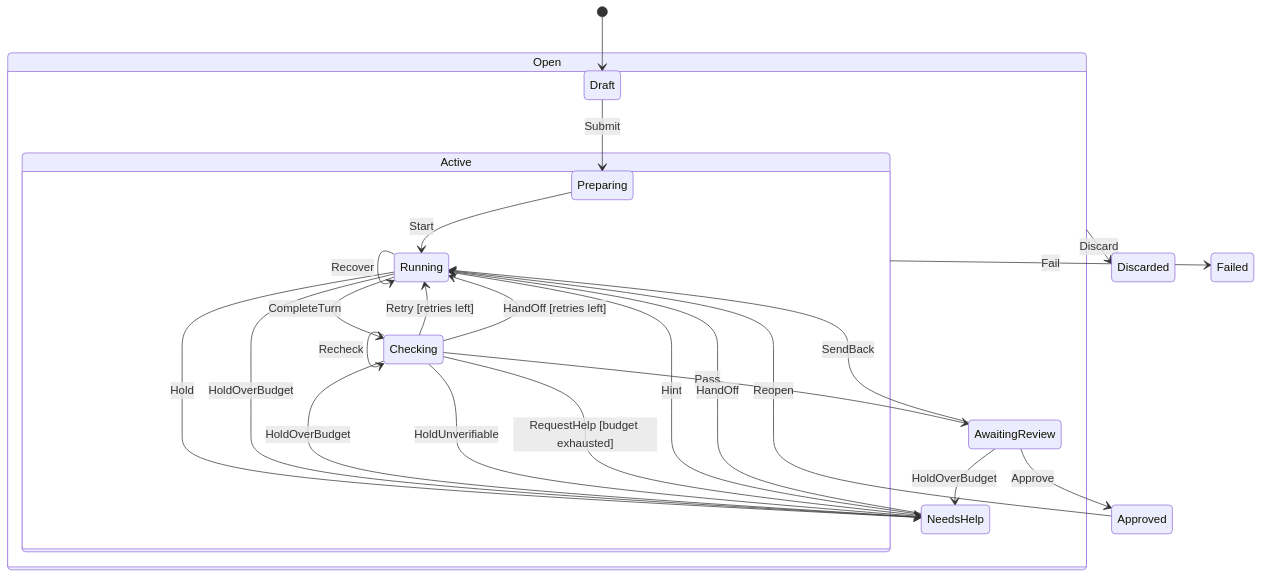
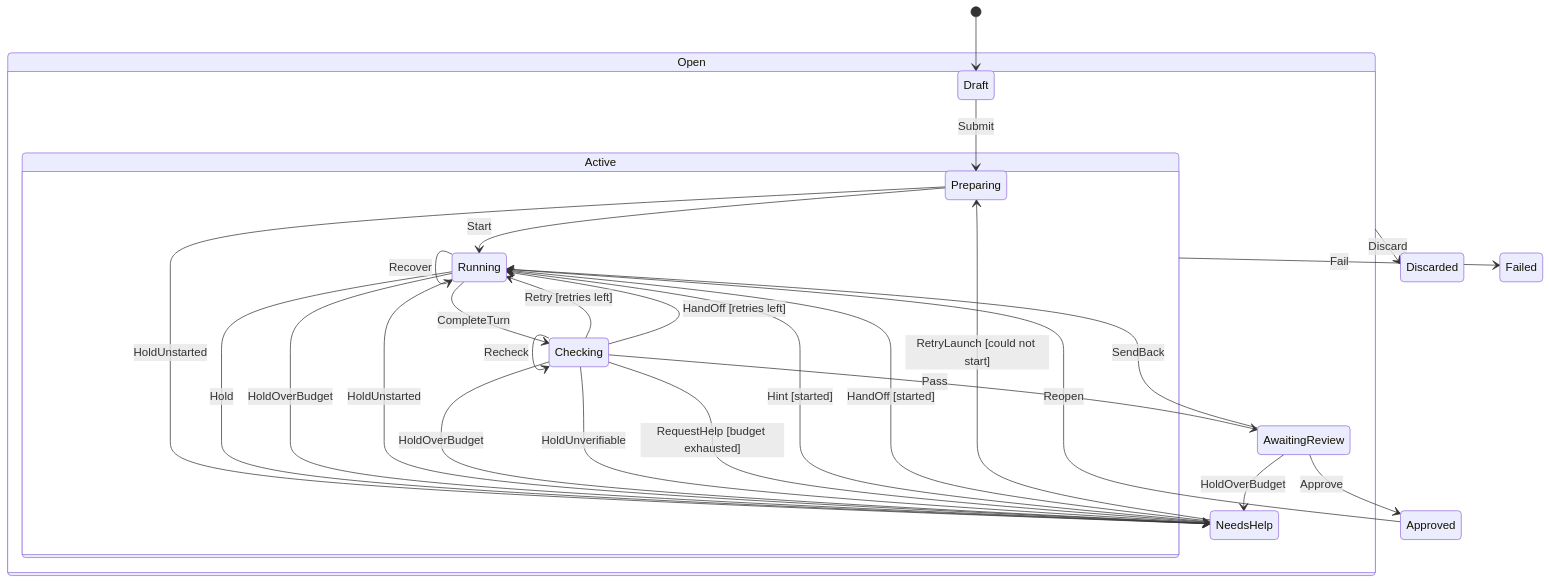
Before and after one commit to rick-dev-creator/avala: the diagram in docs/diagrams/job-lifecycle.md, drawn with Mermaid. The commit also changed 53 other files, not shown here.

First line of the commit message:
Hold a job whose launch throws or whose worktree git cannot prepare as could not start, with the error's message, instead of leaving it in Preparing

````diff
--- a/docs/diagrams/job-lifecycle.md
+++ b/docs/diagrams/job-lifecycle.md
@@ -5,36 +5,39 @@
 ```mermaid
 stateDiagram-v2
 	state Open {
 		Active
 		Draft
 		NeedsHelp
 		AwaitingReview
 	}
 	state Active {
 		Preparing
 		Running
 		Checking
 	}
 	Open --> Discarded : Discard
 	Active --> Failed : Fail
 	Draft --> Preparing : Submit
 	Preparing --> Running : Start
+	Preparing --> NeedsHelp : HoldUnstarted
 	Running --> Checking : CompleteTurn
 	Running --> NeedsHelp : Hold
 	Running --> NeedsHelp : HoldOverBudget
+	Running --> NeedsHelp : HoldUnstarted
 	Running --> Running : Recover
 	Checking --> Checking : Recheck
 	Checking --> AwaitingReview : Pass
 	Checking --> NeedsHelp : HoldOverBudget
 	Checking --> NeedsHelp : HoldUnverifiable
 	Checking --> Running : Retry [retries left]
 	Checking --> NeedsHelp : RequestHelp [budget exhausted]
 	Checking --> Running : HandOff [retries left]
-	NeedsHelp --> Running : Hint
-	NeedsHelp --> Running : HandOff
+	NeedsHelp --> Running : Hint [started]
+	NeedsHelp --> Running : HandOff [started]
+	NeedsHelp --> Preparing : RetryLaunch [could not start]
 	AwaitingReview --> Running : SendBack
 	AwaitingReview --> Approved : Approve
 	AwaitingReview --> NeedsHelp : HoldOverBudget
 	Approved --> Running : Reopen
 [*] --> Draft
 ```
````
